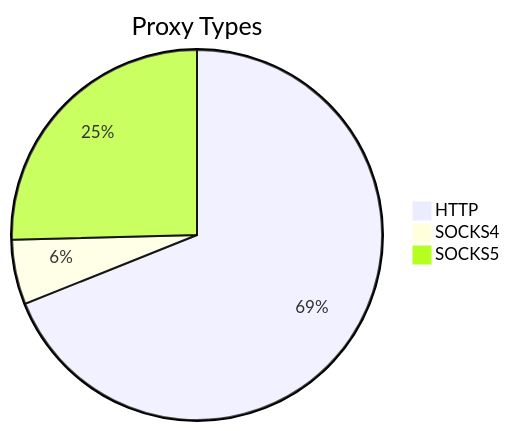
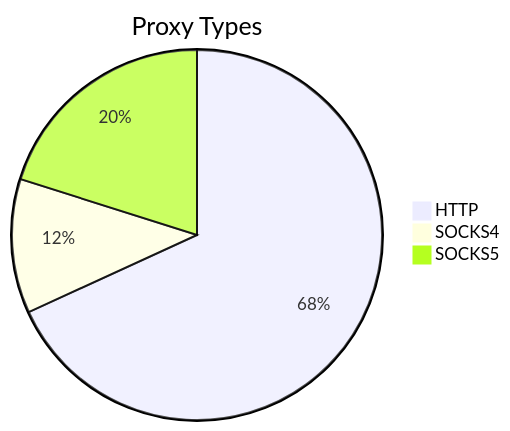
The first of 2 diagrams in README.md (stormsia/proxy-list), drawn with Mermaid before and after one commit. The commit also changed other lines of this file, not shown here.

````diff
--- a/README.md
+++ b/README.md
@@ -21,6 +21,6 @@
 ```mermaid
 pie title Proxy Types
-    "HTTP" : 475
-    "SOCKS4" : 39
-    "SOCKS5" : 175
+    "HTTP" : 349
+    "SOCKS4" : 60
+    "SOCKS5" : 103
 ```
````
